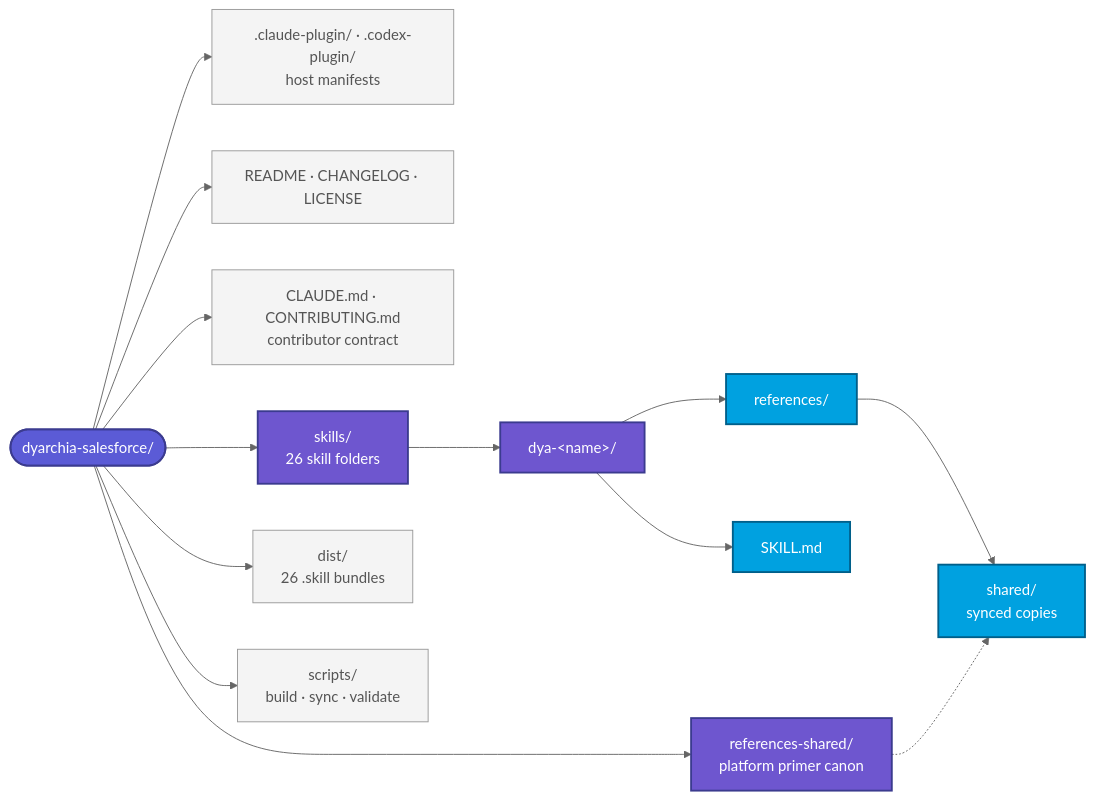
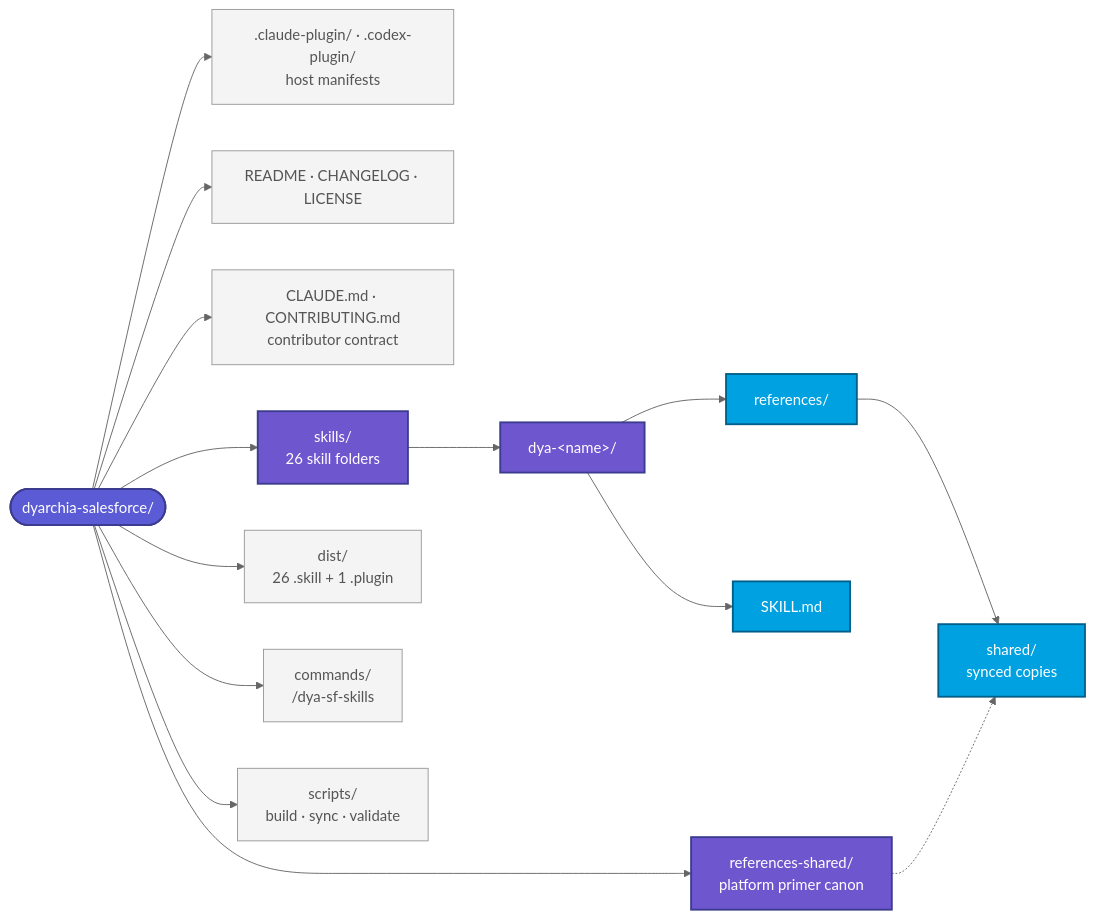
Before and after one commit to Dyarchia/dyarchia-salesforce: the first of 3 diagrams in README.md, drawn with Mermaid (neutral theme). The commit also changed other lines of this file and 6 other files, not shown here.

First line of the commit message:
feat(repo): add /dya-sf-skills, a catalogue command

````diff
--- a/README.md
+++ b/README.md
@@ -96,27 +98,28 @@
 ```mermaid
 graph LR
     Root([dyarchia-salesforce/])
     Root --> Plugin[".claude-plugin/ · .codex-plugin/<br/>host manifests"]
     Root --> Meta["README · CHANGELOG · LICENSE"]
     Root --> Contract["CLAUDE.md · CONTRIBUTING.md<br/>contributor contract"]
     Root --> SK["skills/<br/>26 skill folders"]
     Root --> Shared["references-shared/<br/>platform primer canon"]
-    Root --> Dist["dist/<br/>26 .skill bundles"]
+    Root --> Dist["dist/<br/>26 .skill + 1 .plugin"]
+    Root --> Cmds["commands/<br/>/dya-sf-skills"]
     Root --> Scripts["scripts/<br/>build · sync · validate"]
 
     SK --> Skill["dya-&lt;name&gt;/"]
     Skill --> SM["SKILL.md"]
     Skill --> Refs["references/"]
     Refs --> SharedRefs["shared/<br/>synced copies"]
     Shared -.-> SharedRefs
 
     classDef root fill:#5B5BD6,stroke:#3B3B8F,color:#fff,stroke-width:2px
     classDef domainFolder fill:#6E56CF,stroke:#3B3B8F,color:#fff,stroke-width:2px
     classDef skillFolder fill:#00A1E0,stroke:#005F8A,color:#fff,stroke-width:2px
     classDef meta fill:#F4F4F4,stroke:#999,color:#555
 
     class Root root
     class SK,Skill,Shared domainFolder
     class SM,Refs,SharedRefs skillFolder
-    class Plugin,Meta,Contract,Dist,Scripts meta
+    class Plugin,Meta,Contract,Dist,Scripts,Cmds meta
 ```
````
